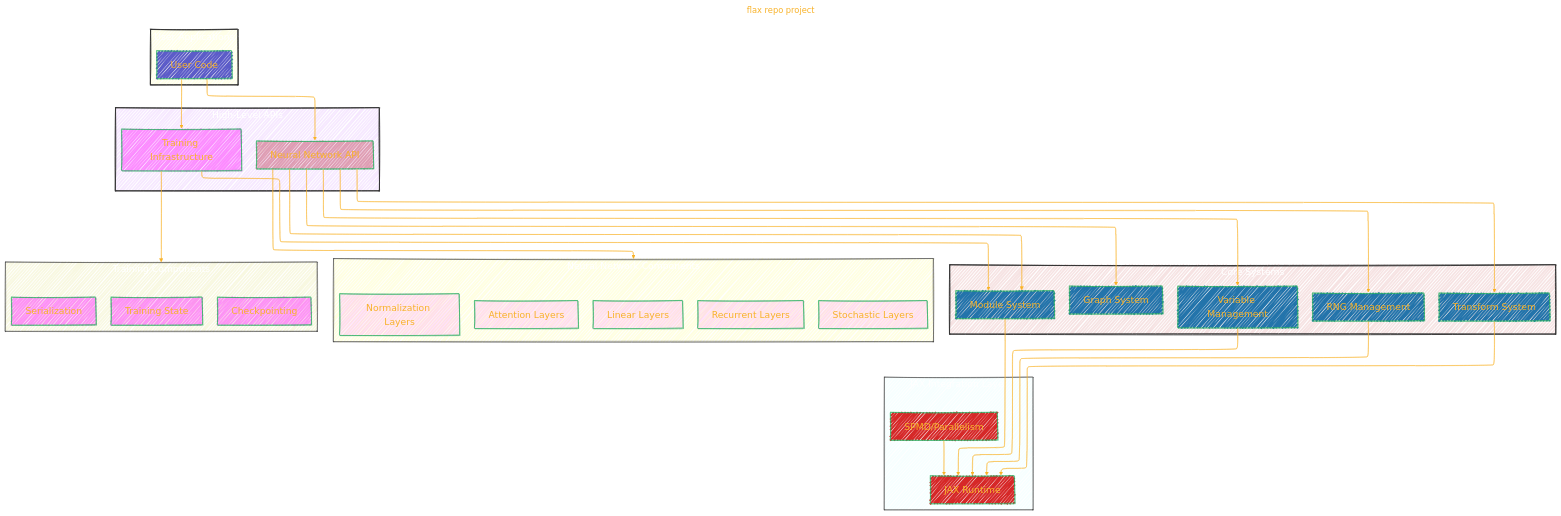
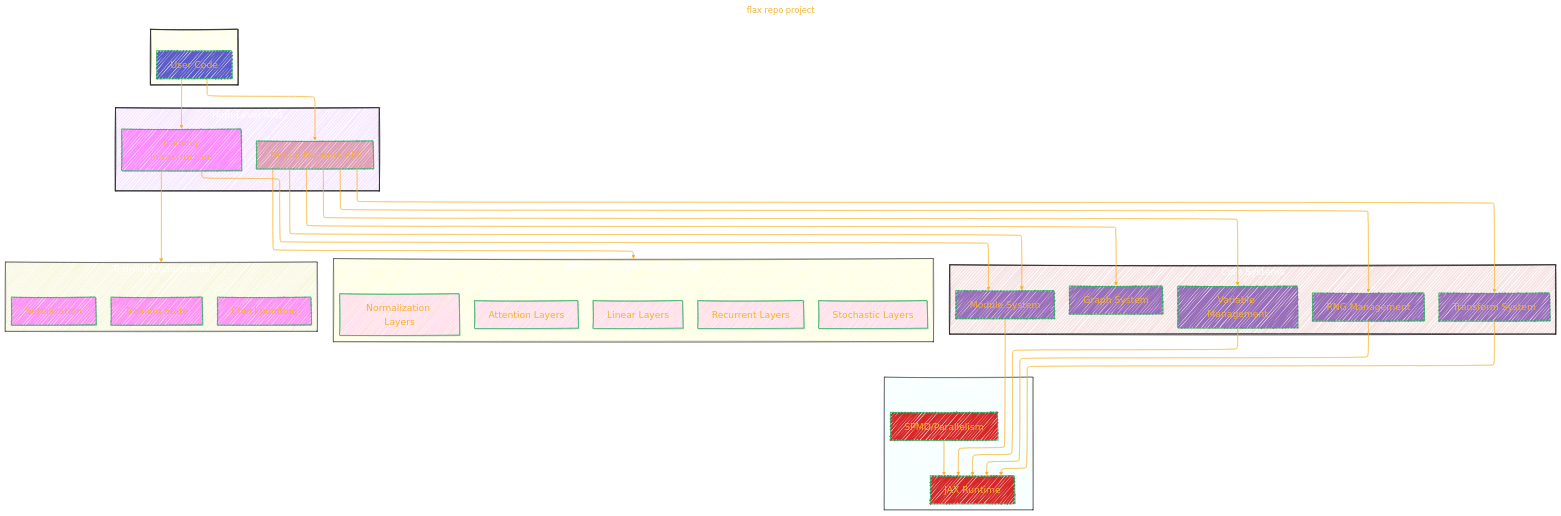
The first of 2 diagrams in GOOGLE/flax.md (CongLeSolutionX/ArchExplorer), drawn with Mermaid before and after one commit.

Commit message:
update notes

```diff
--- a/GOOGLE/flax.md
+++ b/GOOGLE/flax.md
@@ -139,7 +139,7 @@
     SPMD --> JAX
 
     %% Styles
-    classDef core fill:#2374ab
+    classDef core fill:#74ab
     classDef api fill:#a025
     classDef training fill:#f2F7
     classDef nn fill:#F2F2
```
